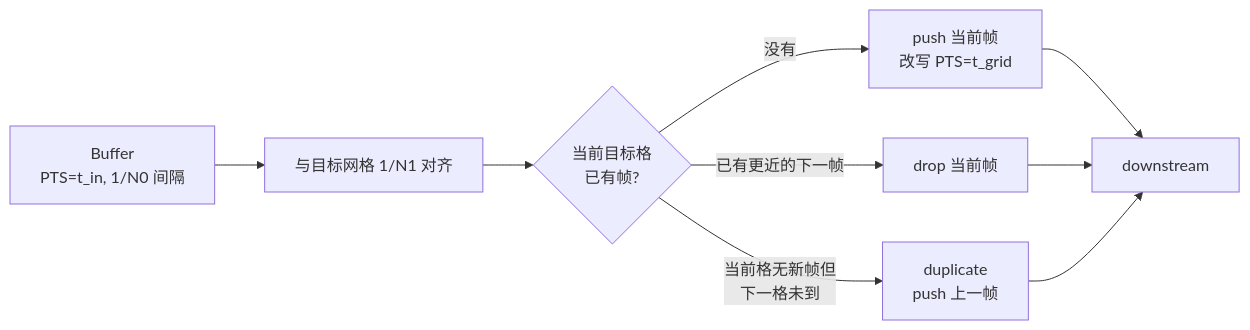
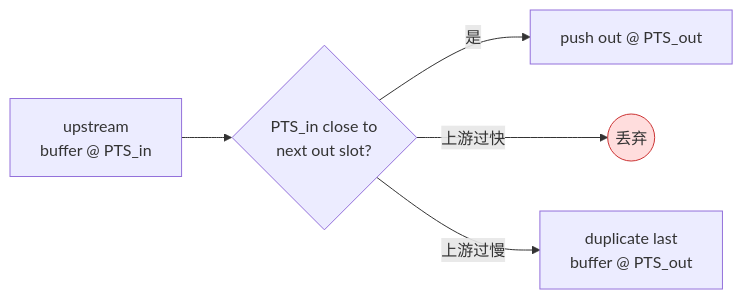
The diagram in docs/gstreamer/videorate.md (VomPom/vm_iot_camera), drawn with Mermaid before and after one commit. The commit also changed other lines of this file and 23 other files, not shown here.

````diff
--- a/docs/gstreamer/videorate.md
+++ b/docs/gstreamer/videorate.md
@@ -56,11 +72,9 @@
 ```mermaid
 flowchart LR
-    A[Buffer<br/>PTS=t_in, 1/N0 间隔] --> B[与目标网格 1/N1 对齐]
-    B --> C{当前目标格<br/>已有帧?}
-    C -- 没有 --> D[push 当前帧<br/>改写 PTS=t_grid]
-    C -- 已有更近的下一帧 --> E[drop 当前帧]
-    C -- 当前格无新帧但<br/>下一格未到 --> F[duplicate<br/>push 上一帧]
-    D --> G[downstream]
-    E --> G
-    F --> G
+    A[upstream<br/>buffer @ PTS_in] --> B{PTS_in close to<br/>next out slot?}
+    B -- 是 --> C[push out @ PTS_out]
+    B -- 上游过快 --> X((丢弃))
+    B -- 上游过慢 --> D[duplicate last<br/>buffer @ PTS_out]
+
+    style X fill:#fdd,stroke:#c33
 ```
````
